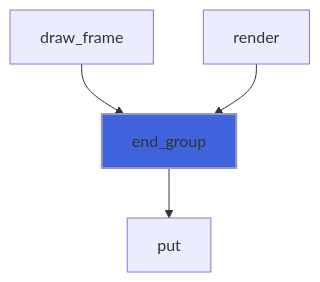
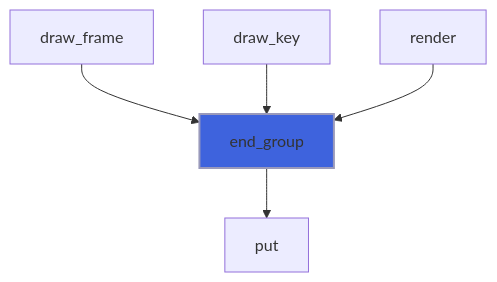
One commit to szaghi/foresight changed the eighth of 30 diagrams in docs/api/src/lib/foresight_backend_svg.md. Above: the diagram before and after it, drawn with Mermaid. The commit also changed other lines of this file and 97 other files, not shown here.

````diff
--- a/docs/api/src/lib/foresight_backend_svg.md
+++ b/docs/api/src/lib/foresight_backend_svg.md
@@ -265,7 +276,8 @@
 ```mermaid
 flowchart TD
   draw_frame["draw_frame"] --> end_group["end_group"]
+  draw_key["draw_key"] --> end_group["end_group"]
   render["render"] --> end_group["end_group"]
   end_group["end_group"] --> put["put"]
   style end_group fill:#3e63dd,stroke:#99b,stroke-width:2px
 ```
````
